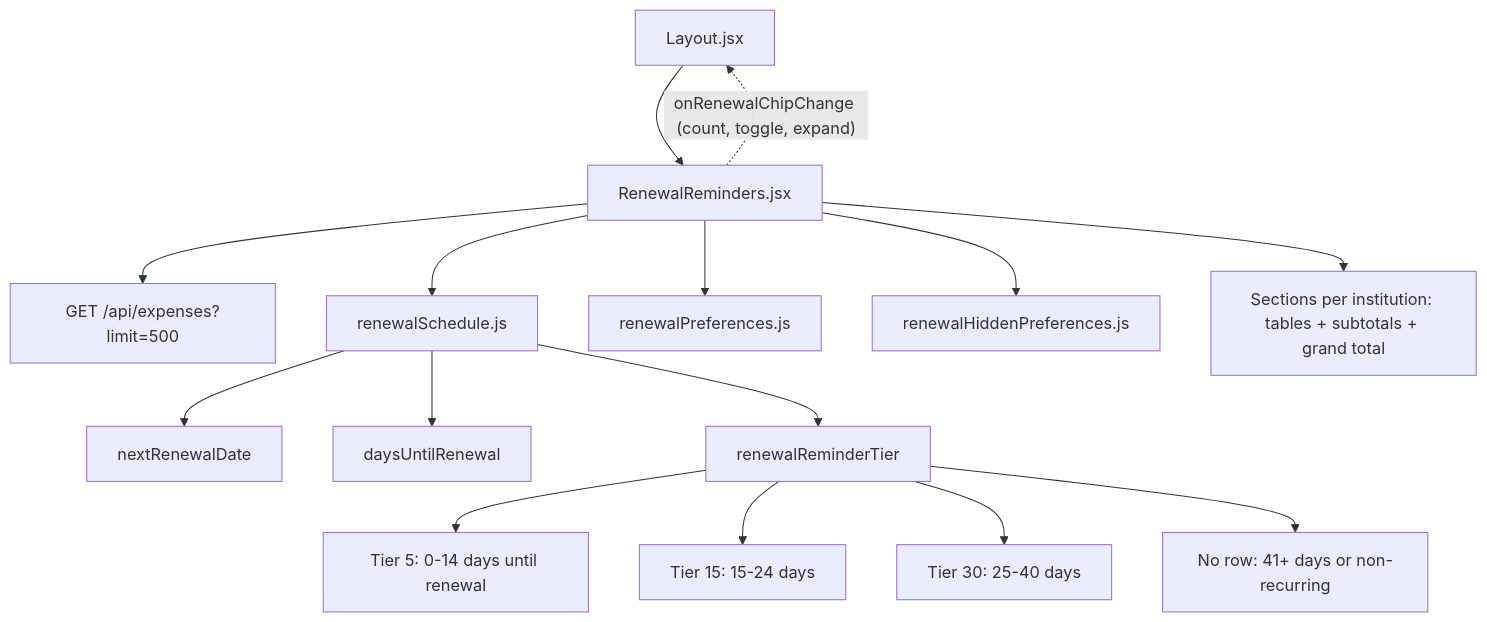
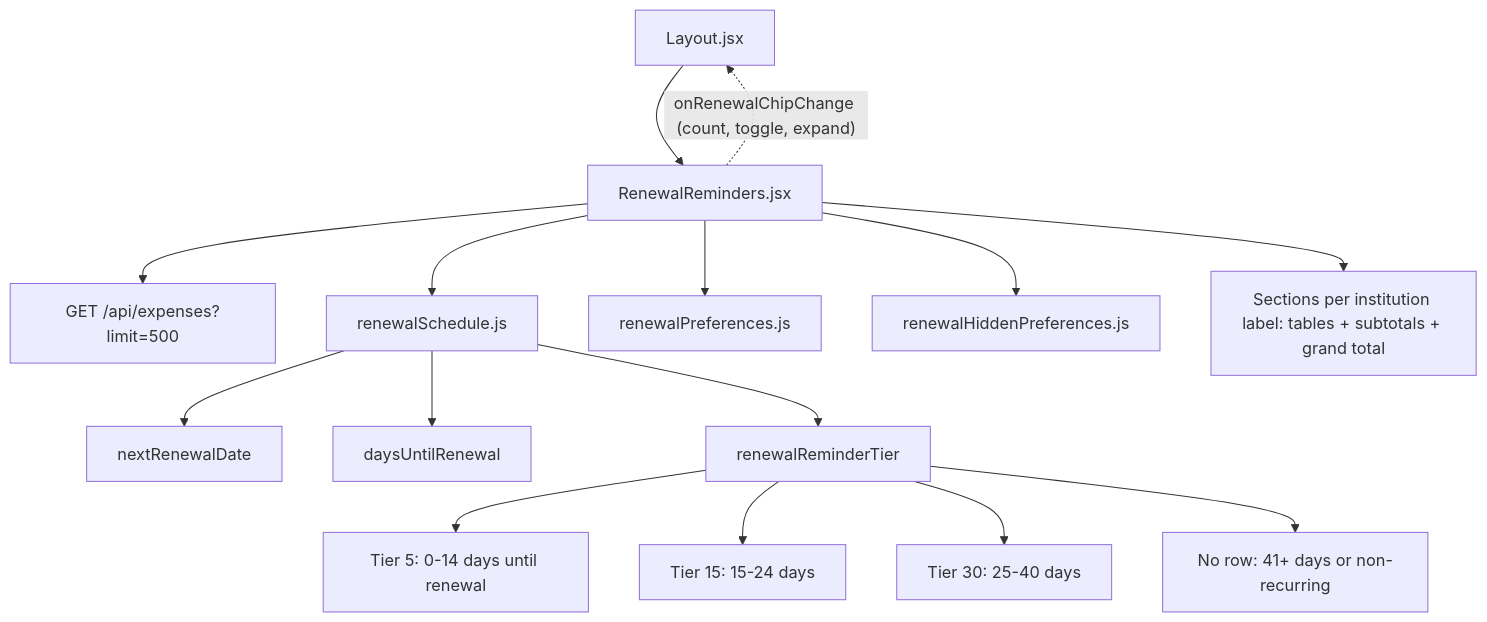
One commit to becomeonewiththecode/expense_tracker changed diagram 11 of 20 in docs/ARCHITECTURE_DIAGRAM.md. Above: the diagram before and after it, drawn with Mermaid. The commit also changed other lines of this file and 34 other files, not shown here.

````diff
--- a/docs/ARCHITECTURE_DIAGRAM.md
+++ b/docs/ARCHITECTURE_DIAGRAM.md
@@ -440,23 +444,23 @@
 ```mermaid
 flowchart TD
   L[Layout.jsx]
   RR[RenewalReminders.jsx]
   API["GET /api/expenses?limit=500"]
   RS[renewalSchedule.js]
   RP[renewalPreferences.js]
   RH[renewalHiddenPreferences.js]
   L --> RR
   RR --> API
   RR --> RS
   RR --> RP
   RR --> RH
   RS --> N[nextRenewalDate]
   RS --> D[daysUntilRenewal]
   RS --> T[renewalReminderTier]
   T --> B1["Tier 5: 0-14 days until renewal"]
   T --> B2["Tier 15: 15-24 days"]
   T --> B3["Tier 30: 25-40 days"]
   T --> X[No row: 41+ days or non-recurring]
-  RR --> TAB["Sections per institution: tables + subtotals + grand total"]
+  RR --> TAB["Sections per institution label: tables + subtotals + grand total"]
   RR -.->|"onRenewalChipChange (count, toggle, expand)"| L
 ```
````
